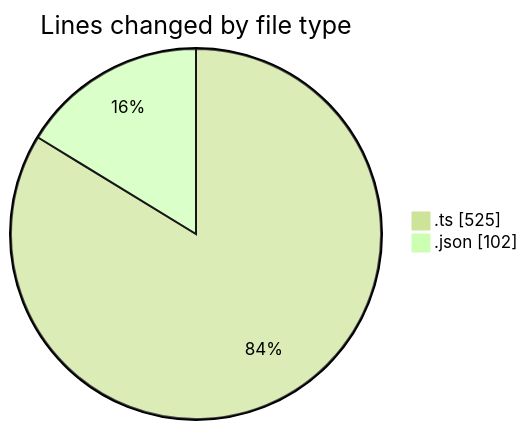
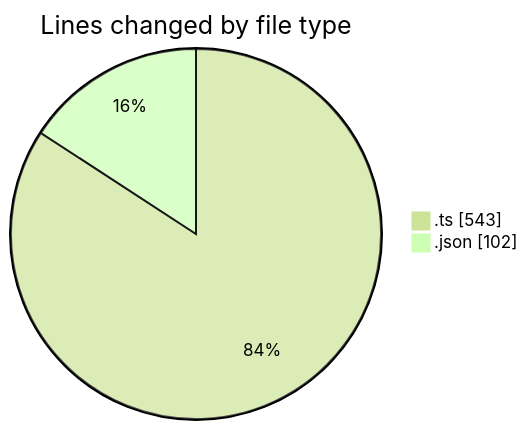
The first of 2 diagrams in 2026-03-30/cinema/README.md (igalym/code-tracking), drawn with Mermaid (forest theme) before and after one commit. The commit also changed other lines of this file and 1 other file, not shown here.

````diff
--- a/2026-03-30/cinema/README.md
+++ b/2026-03-30/cinema/README.md
@@ -40,6 +41,6 @@
 ```mermaid
 pie showData
 title Lines changed by file type
-".ts" : 525
+".ts" : 543
 ".json" : 102
 ```
````
